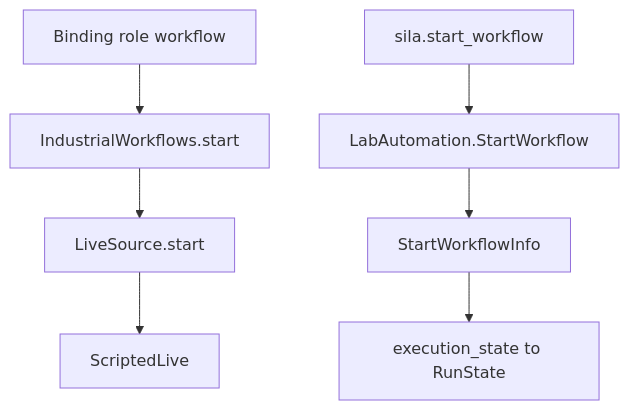
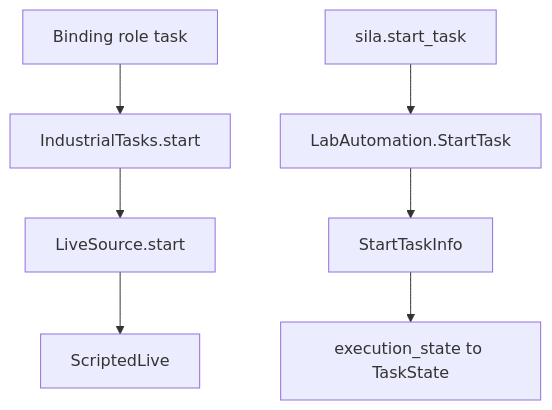
The diagram in backlog/docs/reference/sila-2/doc-8 - SiLA-2.md (A3Analytics/a2a-lab-dev-kit-rs), drawn with Mermaid before and after one commit. The commit also changed other lines of this file and 50 other files, not shown here.

Commit message:
Refactor a2a-lab-sdk to replace workflows with tasks. Updated documentation and examples to reflect the new task-based architecture, including changes to API methods, data structures, and protocol definitions. Enhanced README and other documentation to clarify the transition from workflows to tasks.

````diff
--- a/backlog/docs/reference/sila-2/doc-8 - SiLA-2.md
+++ b/backlog/docs/reference/sila-2/doc-8 - SiLA-2.md
@@ -17,9 +17,9 @@
 ```mermaid
 flowchart TD
-  binding["Binding role workflow"] --> ind["IndustrialWorkflows.start"]
+  binding["Binding role task"] --> ind["IndustrialTasks.start"]
   ind --> live["LiveSource.start"]
   live --> scripted["ScriptedLive"]
-  helper["sila.start_workflow"] --> rpc["LabAutomation.StartWorkflow"]
-  rpc --> info["StartWorkflowInfo"]
-  info --> state["execution_state to RunState"]
+  helper["sila.start_task"] --> rpc["LabAutomation.StartTask"]
+  rpc --> info["StartTaskInfo"]
+  info --> state["execution_state to TaskState"]
 ```
````
